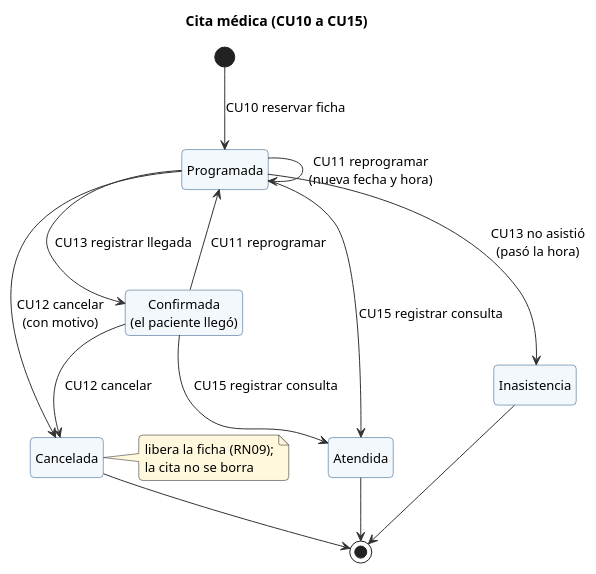
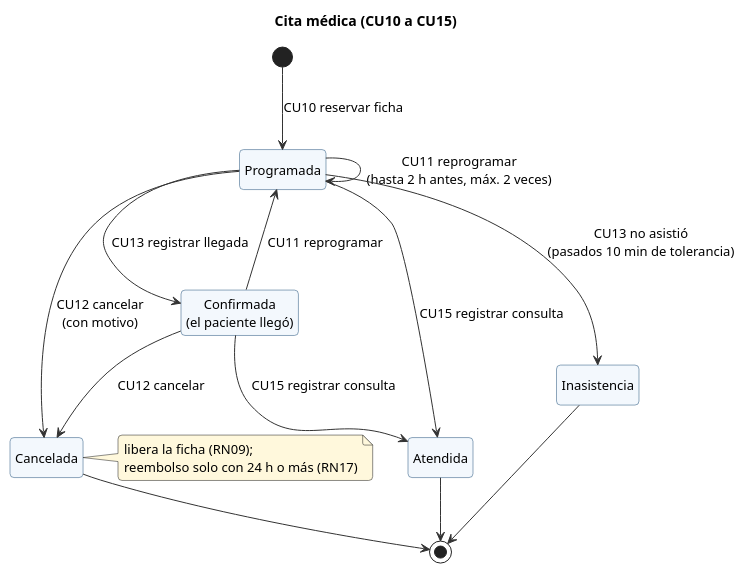
Before and after one commit to ronaldflores2004/VidaSalud: the diagram in docs/uml/plantuml/estado_cita.puml, drawn with PlantUML. The commit also changed 7 other files, not shown here.

First line of the commit message:
Documento: diagramas actualizados con la política de citas RN17–RN20

```diff
--- a/docs/uml/plantuml/estado_cita.puml
+++ b/docs/uml/plantuml/estado_cita.puml
@@ -1,59 +1,59 @@
 @startuml
 
 set separator none
 skinparam backgroundColor white
 skinparam defaultFontName Arial
 skinparam defaultFontSize 13
 skinparam shadowing false
 skinparam ArrowColor #333333
 skinparam ActorBorderColor #222222
 skinparam ActorBackgroundColor #FFFFFF
 skinparam UsecaseBorderColor #1F4E79
 skinparam UsecaseBackgroundColor #DCE9F7
 skinparam PackageBorderColor #333333
 skinparam PackageBackgroundColor #FFFFFF
 skinparam ClassBorderColor #333333
 skinparam ClassBackgroundColor #FFFFFF
 skinparam ClassHeaderBackgroundColor #DCE9F7
 skinparam NoteBackgroundColor #FFF8DC
 skinparam RectangleBorderColor #333333
 skinparam NodeBorderColor #1F4E79
 skinparam NodeBackgroundColor #F3F8FD
 skinparam ArtifactBackgroundColor #FFFFFF
 skinparam DatabaseBackgroundColor #DCE9F7
 skinparam SequenceLifeLineBorderColor #888888
 skinparam SequenceParticipantBackgroundColor #DCE9F7
 skinparam SequenceParticipantBorderColor #1F4E79
 skinparam ParticipantPadding 12
 skinparam BoundaryBackgroundColor #DCE9F7
 skinparam ControlBackgroundColor #DCE9F7
 skinparam EntityBackgroundColor #DCE9F7
 skinparam BoundaryBorderColor #1F4E79
 skinparam ControlBorderColor #1F4E79
 skinparam EntityBorderColor #1F4E79
 skinparam roundcorner 8
 skinparam StateBackgroundColor #F3F8FD
 skinparam StateBorderColor #1F4E79
 hide empty description
 
 title Cita médica (CU10 a CU15)
 state "Programada" as P
 state "Confirmada\n(el paciente llegó)" as C
 state "Atendida" as A
 state "Cancelada" as X
 state "Inasistencia" as I
 [*] --> P : CU10 reservar ficha
-P --> P : CU11 reprogramar\n(nueva fecha y hora)
+P --> P : CU11 reprogramar\n(hasta 2 h antes, máx. 2 veces)
 C --> P : CU11 reprogramar
 P --> C : CU13 registrar llegada
 P --> X : CU12 cancelar\n(con motivo)
 C --> X : CU12 cancelar
-P --> I : CU13 no asistió\n(pasó la hora)
+P --> I : CU13 no asistió\n(pasados 10 min de tolerancia)
 P --> A : CU15 registrar consulta
 C --> A : CU15 registrar consulta
 A --> [*]
 X --> [*]
 I --> [*]
-note right of X : libera la ficha (RN09);\nla cita no se borra
+note right of X : libera la ficha (RN09);\nreembolso solo con 24 h o más (RN17)
 
 @enduml
```
